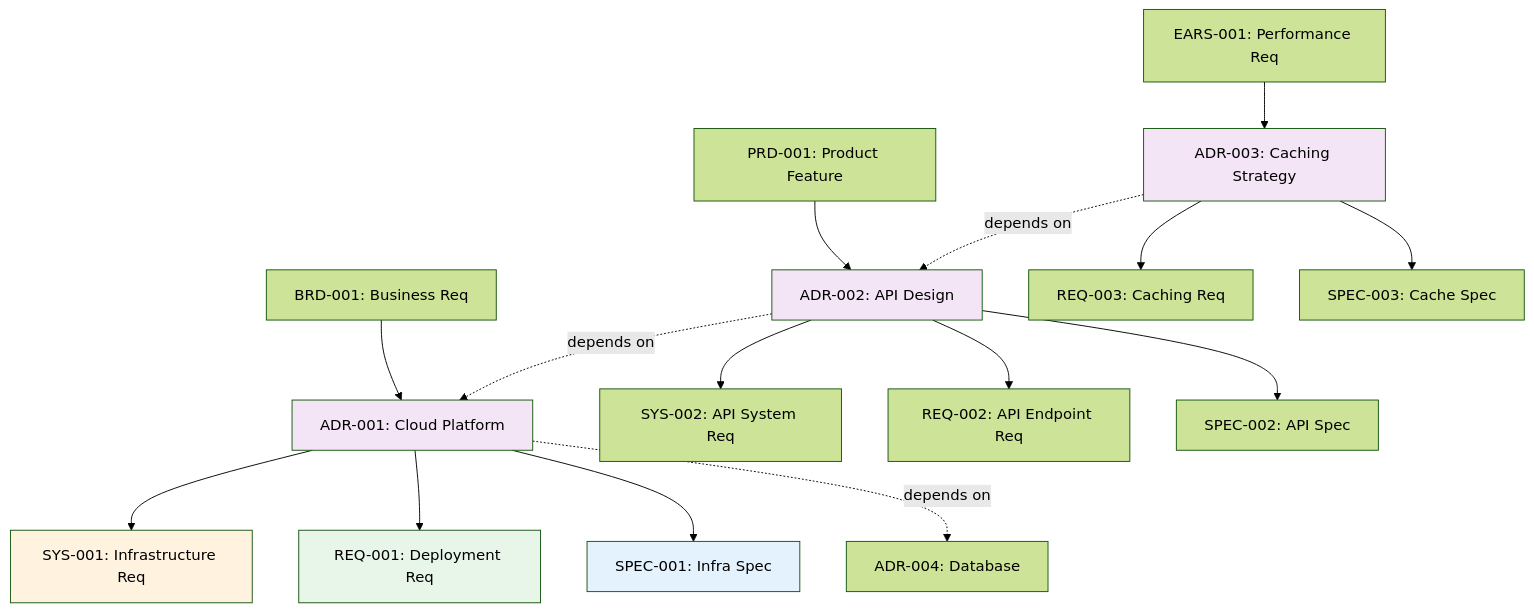
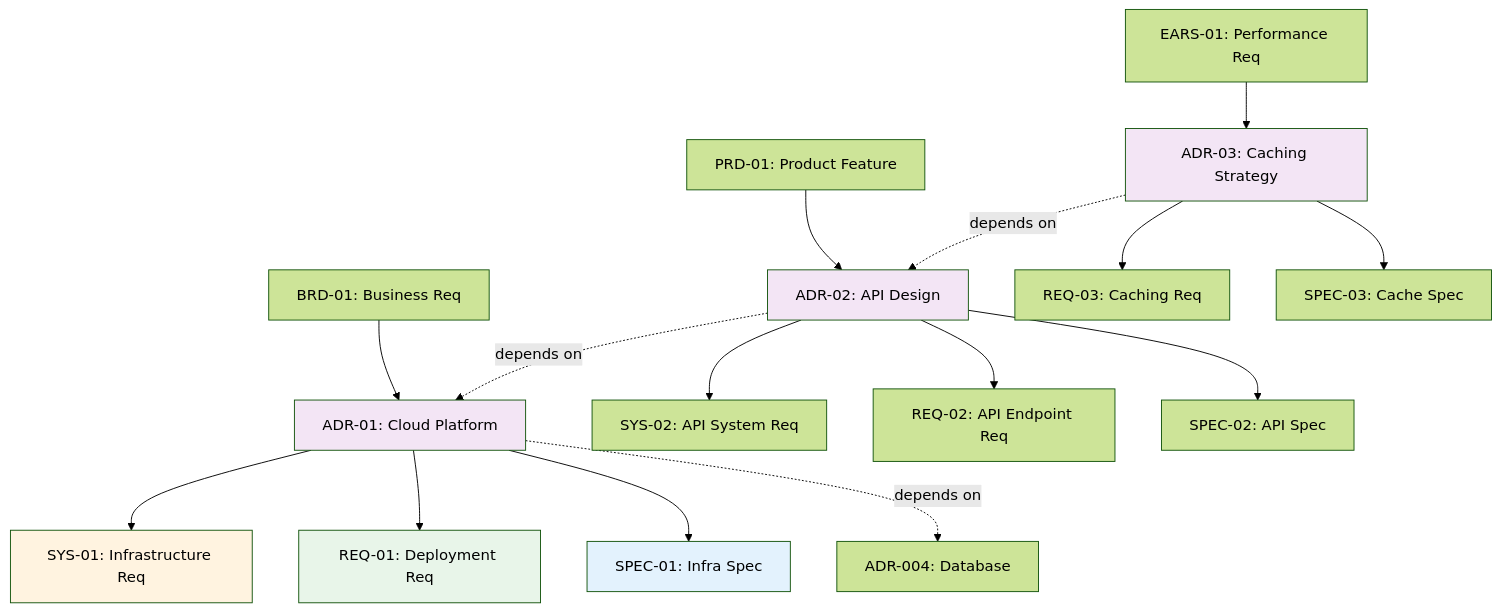
The diagram in ai_dev_flow/ADR/ADR-000_TRACEABILITY_MATRIX-TEMPLATE.md (vladm3105/aidoc-flow-framework), drawn with Mermaid (forest theme) before and after one commit. The commit also changed other lines of this file and 215 other files, not shown here.

````diff
--- a/ai_dev_flow/ADR/ADR-000_TRACEABILITY_MATRIX-TEMPLATE.md
+++ b/ai_dev_flow/ADR/ADR-000_TRACEABILITY_MATRIX-TEMPLATE.md
@@ -296,28 +296,28 @@
 ```mermaid
 graph TD
-    BRD001[BRD-001: Business Req] --> ADR001[ADR-001: Cloud Platform]
-    PRD001[PRD-001: Product Feature] --> ADR002[ADR-002: API Design]
-    EARS001[EARS-001: Performance Req] --> ADR003[ADR-003: Caching Strategy]
+    BRD001[BRD-01: Business Req] --> ADR001[ADR-01: Cloud Platform]
+    PRD001[PRD-01: Product Feature] --> ADR002[ADR-02: API Design]
+    EARS001[EARS-01: Performance Req] --> ADR003[ADR-03: Caching Strategy]
 
-    ADR001 --> SYS001[SYS-001: Infrastructure Req]
-    ADR001 --> REQ001[REQ-001: Deployment Req]
-    ADR001 --> SPEC001[SPEC-001: Infra Spec]
+    ADR001 --> SYS001[SYS-01: Infrastructure Req]
+    ADR001 --> REQ01[REQ-01: Deployment Req]
+    ADR001 --> SPEC01[SPEC-01: Infra Spec]
 
-    ADR002 --> SYS002[SYS-002: API System Req]
-    ADR002 --> REQ002[REQ-002: API Endpoint Req]
-    ADR002 --> SPEC002[SPEC-002: API Spec]
+    ADR002 --> SYS002[SYS-02: API System Req]
+    ADR002 --> REQ02[REQ-02: API Endpoint Req]
+    ADR002 --> SPEC002[SPEC-02: API Spec]
 
-    ADR003 --> REQ003[REQ-003: Caching Req]
-    ADR003 --> SPEC003[SPEC-003: Cache Spec]
+    ADR003 --> REQ03[REQ-03: Caching Req]
+    ADR003 --> SPEC003[SPEC-03: Cache Spec]
 
     ADR001 -.depends on.-> ADR004[ADR-004: Database]
     ADR002 -.depends on.-> ADR001
     ADR003 -.depends on.-> ADR002
 
     style ADR001 fill:#f3e5f5
     style ADR002 fill:#f3e5f5
     style ADR003 fill:#f3e5f5
     style SYS001 fill:#fff3e0
-    style REQ001 fill:#e8f5e9
-    style SPEC001 fill:#e3f2fd
+    style REQ01 fill:#e8f5e9
+    style SPEC01 fill:#e3f2fd
 ```
````
